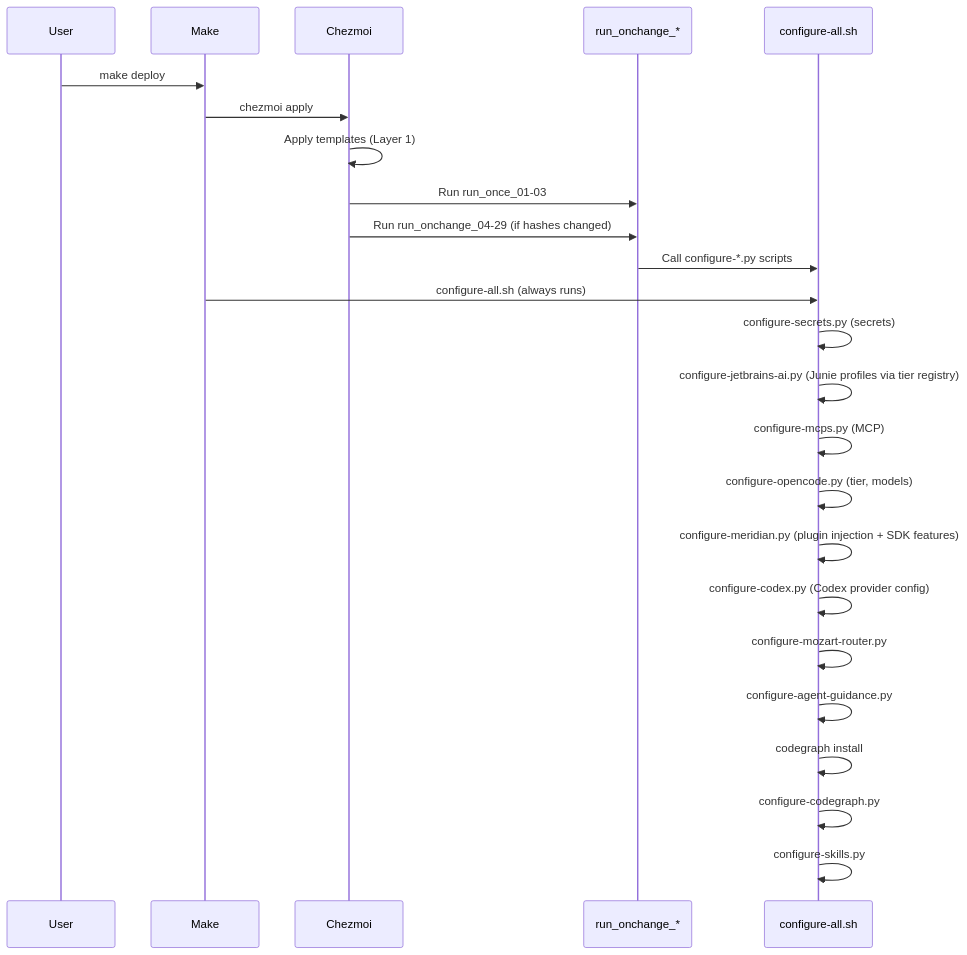
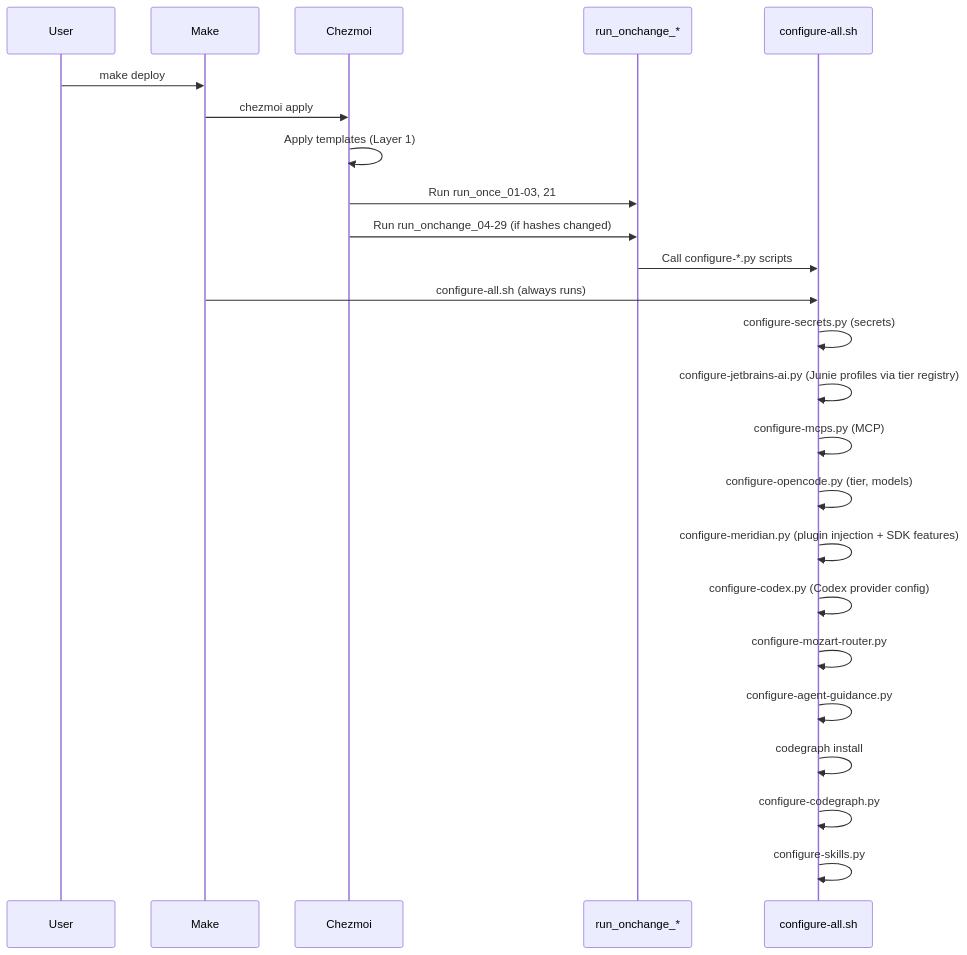
The second of 3 diagrams in docs/ORCHESTRATION.md (randytarampi/dotfiles), drawn with Mermaid before and after one commit. The commit also changed other lines of this file and 1 other file, not shown here.

First line of the commit message:
docs(dotfiles): correct chezmoiscripts inventory counts and run_once range

````diff
--- a/docs/ORCHESTRATION.md
+++ b/docs/ORCHESTRATION.md
@@ -79,27 +79,27 @@
 ```mermaid
 sequenceDiagram
     participant User
     participant Make
     participant Chezmoi
     participant Scripts as run_onchange_*
     participant Configure as configure-all.sh
 
     User->>Make: make deploy
     Make->>Chezmoi: chezmoi apply
     Chezmoi->>Chezmoi: Apply templates (Layer 1)
-    Chezmoi->>Scripts: Run run_once_01-03
+    Chezmoi->>Scripts: Run run_once_01-03, 21
     Chezmoi->>Scripts: Run run_onchange_04-29 (if hashes changed)
     Scripts->>Configure: Call configure-*.py scripts
     Make->>Configure: configure-all.sh (always runs)
     Configure->>Configure: configure-secrets.py (secrets)
     Configure->>Configure: configure-jetbrains-ai.py (Junie profiles via tier registry)
     Configure->>Configure: configure-mcps.py (MCP)
     Configure->>Configure: configure-opencode.py (tier, models)
     Configure->>Configure: configure-meridian.py (plugin injection + SDK features)
     Configure->>Configure: configure-codex.py (Codex provider config)
     Configure->>Configure: configure-mozart-router.py
     Configure->>Configure: configure-agent-guidance.py
     Configure->>Configure: codegraph install
     Configure->>Configure: configure-codegraph.py
     Configure->>Configure: configure-skills.py
 ```
````
